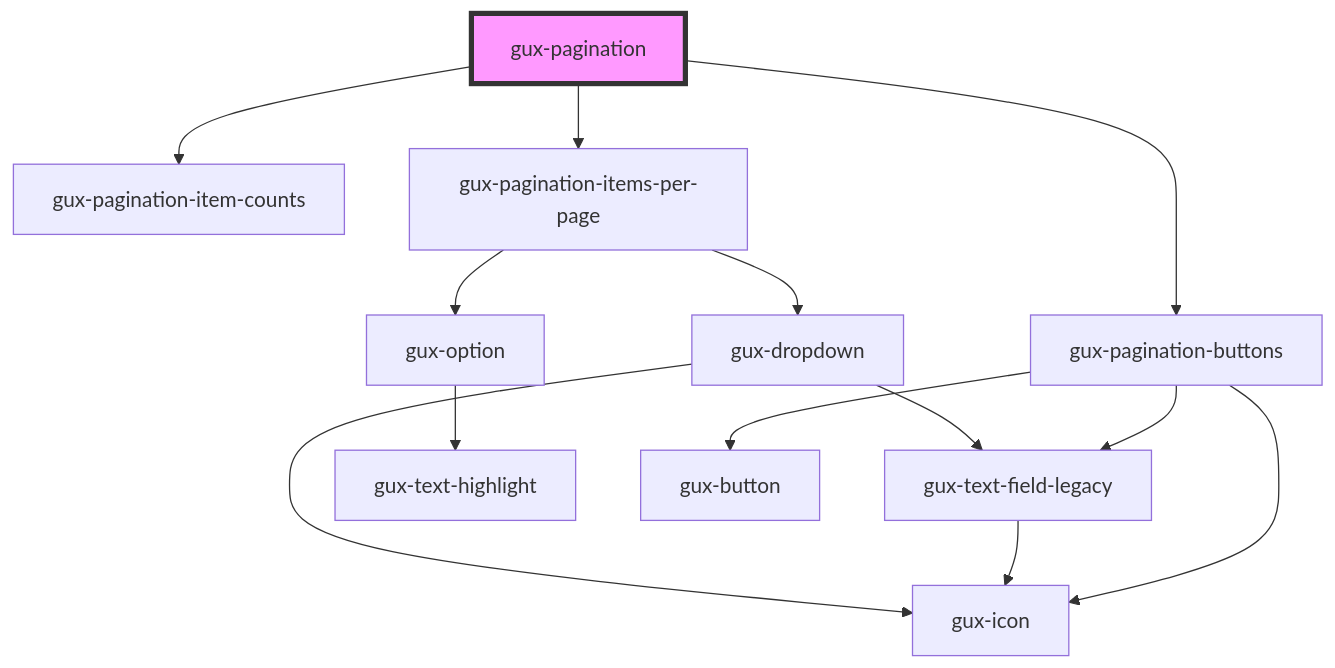
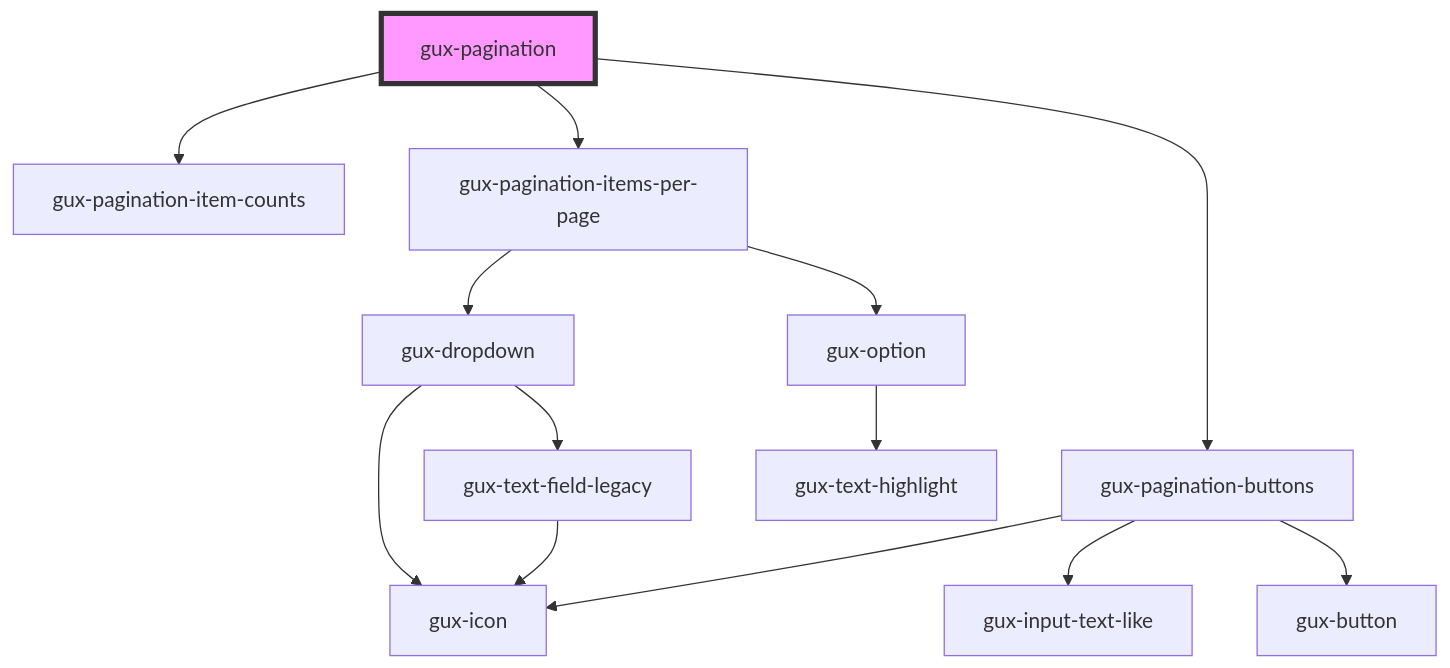
The diagram in src/components/stable/gux-pagination/readme.md (MyPureCloud/genesys-webcomponents), drawn with Mermaid before and after one commit. The commit also changed 8 other files, not shown here.

Commit message:
fix(pagination): removed legacy components from pagination component

````diff
--- a/src/components/stable/gux-pagination/readme.md
+++ b/src/components/stable/gux-pagination/readme.md
@@ -41,16 +41,16 @@
 ```mermaid
 graph TD;
   gux-pagination --> gux-pagination-item-counts
   gux-pagination --> gux-pagination-items-per-page
   gux-pagination --> gux-pagination-buttons
   gux-pagination-items-per-page --> gux-dropdown
   gux-pagination-items-per-page --> gux-option
   gux-dropdown --> gux-text-field-legacy
   gux-dropdown --> gux-icon
   gux-text-field-legacy --> gux-icon
   gux-option --> gux-text-highlight
-  gux-pagination-buttons --> gux-text-field-legacy
+  gux-pagination-buttons --> gux-input-text-like
   gux-pagination-buttons --> gux-button
   gux-pagination-buttons --> gux-icon
   style gux-pagination fill:#f9f,stroke:#333,stroke-width:4px
 ```
````
